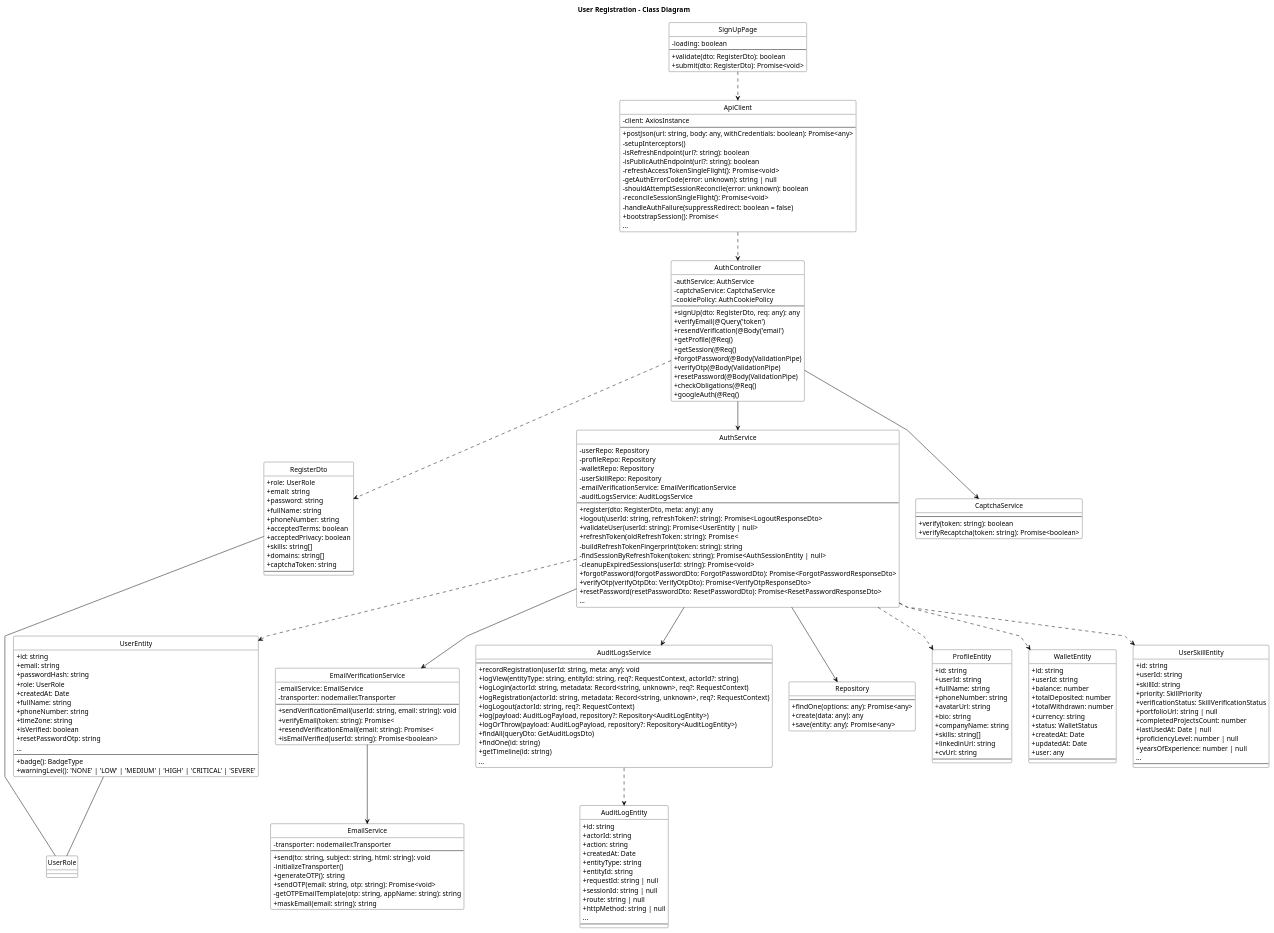
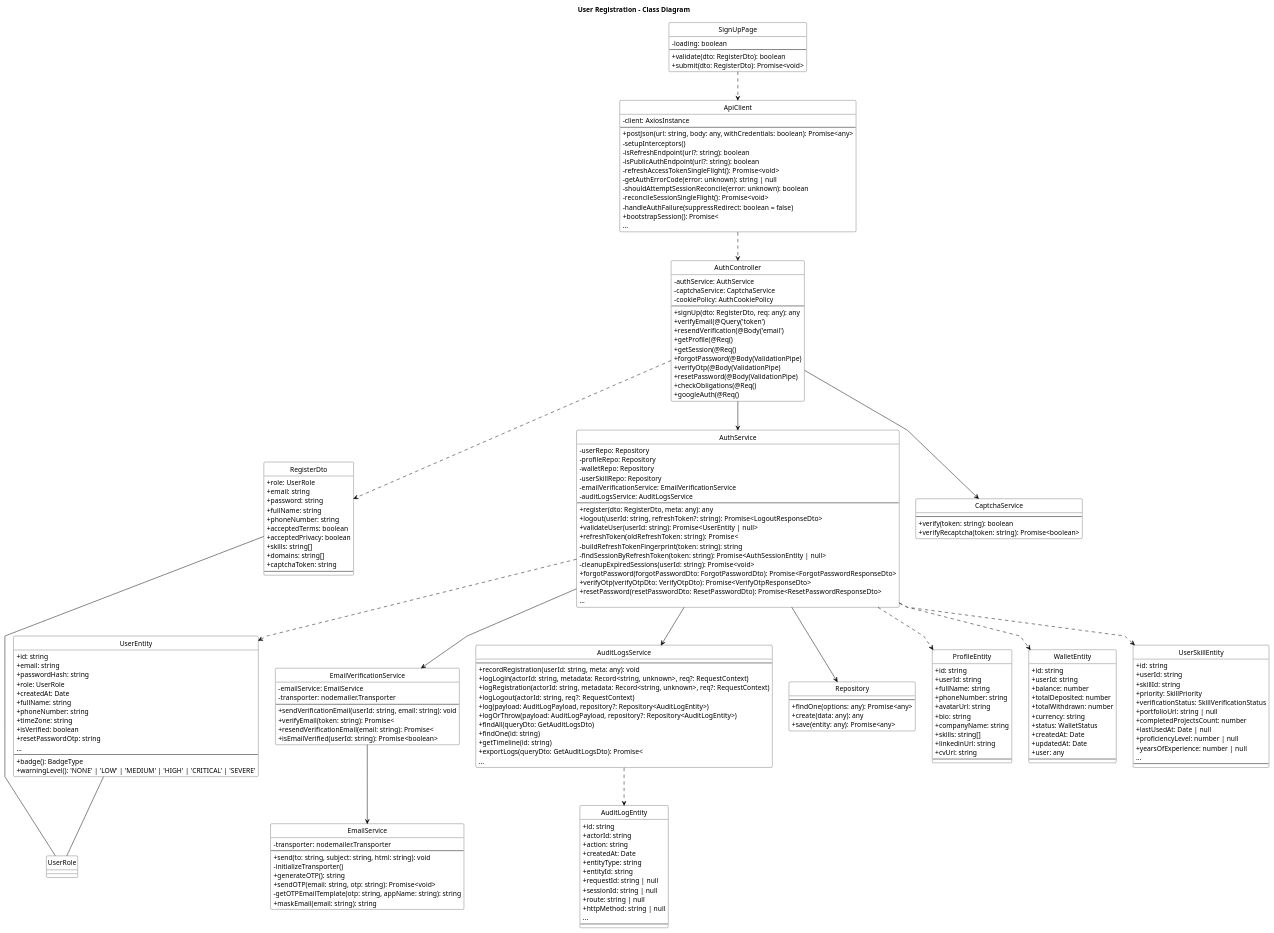
The diagram in diagram/class_diagrams/register_class_diagram_compact.puml (bangdcce/SEP492-Project), drawn with PlantUML before and after one commit. The commit also changed 189 other files, not shown here.

```diff
--- a/diagram/class_diagrams/register_class_diagram_compact.puml
+++ b/diagram/class_diagrams/register_class_diagram_compact.puml
@@ -120,7 +120,6 @@
 class AuditLogsService {
     --
     + recordRegistration(userId: string, meta: any): void
-    + logView(entityType: string, entityId: string, req?: RequestContext, actorId?: string)
     + logLogin(actorId: string, metadata: Record<string, unknown>, req?: RequestContext)
     + logRegistration(actorId: string, metadata: Record<string, unknown>, req?: RequestContext)
     + logLogout(actorId: string, req?: RequestContext)
@@ -129,6 +128,7 @@
     + findAll(queryDto: GetAuditLogsDto)
     + findOne(id: string)
     + getTimeline(id: string)
+    + exportLogs(queryDto: GetAuditLogsDto): Promise<
     ...
 }
 
```
